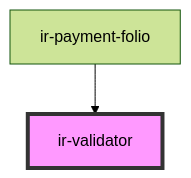
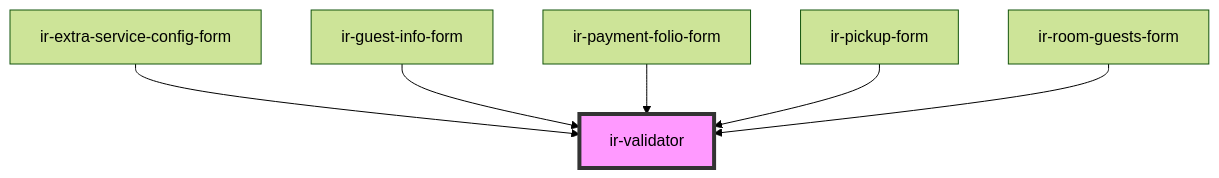
Before and after one commit to RonyRizk/ir-webcmp: the diagram in src/components/ui/ir-validator/readme.md, drawn with Mermaid (forest theme). The commit also changed other lines of this file and 433 other files, not shown here.

````diff
--- a/src/components/ui/ir-validator/readme.md
+++ b/src/components/ui/ir-validator/readme.md
@@ -36,5 +40,9 @@
 ```mermaid
 graph TD;
-  ir-payment-folio --> ir-validator
+  ir-extra-service-config-form --> ir-validator
+  ir-guest-info-form --> ir-validator
+  ir-payment-folio-form --> ir-validator
+  ir-pickup-form --> ir-validator
+  ir-room-guests-form --> ir-validator
   style ir-validator fill:#f9f,stroke:#333,stroke-width:4px
 ```
````
